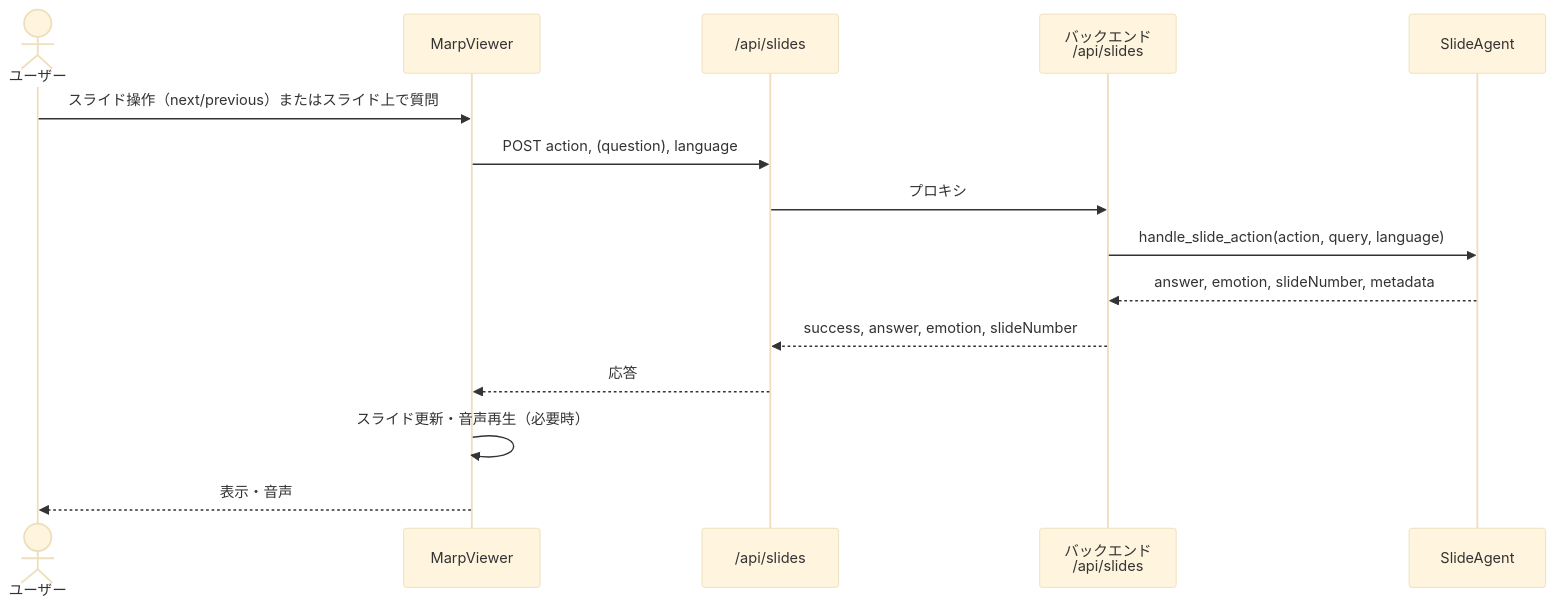
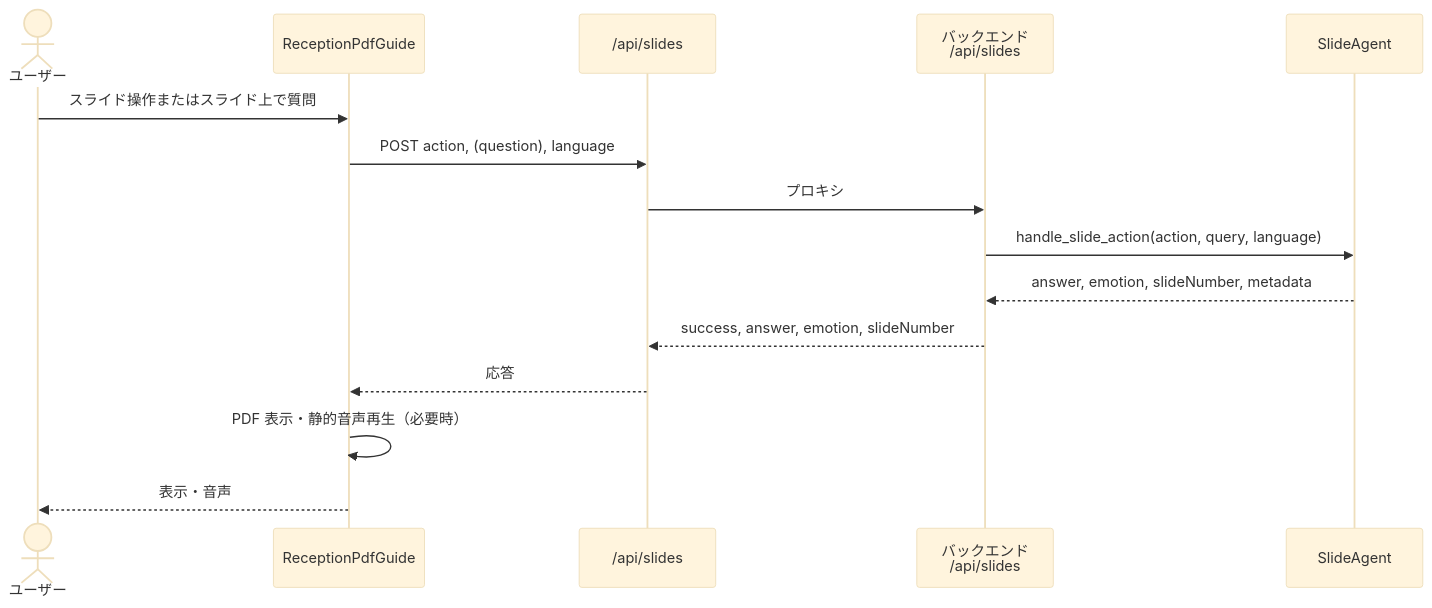
The fifth of 5 diagrams in docs/architecture/SEQUENCE-DIAGRAM.md (EngineerCafeJP/engineercafe-navigator), drawn with Mermaid (base theme) before and after one commit. The commit also changed 46 other files, not shown here.

Commit message:
fix: use pdf slide guide with static narration

````diff
--- a/docs/architecture/SEQUENCE-DIAGRAM.md
+++ b/docs/architecture/SEQUENCE-DIAGRAM.md
@@ -167,18 +167,18 @@
 ```mermaid
 sequenceDiagram
     actor User as ユーザー
-    participant Marp as MarpViewer
+    participant PdfGuide as ReceptionPdfGuide
     participant SlidesAPI as /api/slides
     participant Backend as バックエンド<br/>/api/slides
     participant SlideAgent as SlideAgent
 
-    User->>Marp: スライド操作（next/previous）またはスライド上で質問
-    Marp->>SlidesAPI: POST action, (question), language
+    User->>PdfGuide: スライド操作またはスライド上で質問
+    PdfGuide->>SlidesAPI: POST action, (question), language
     SlidesAPI->>Backend: プロキシ
     Backend->>SlideAgent: handle_slide_action(action, query, language)
     SlideAgent-->>Backend: answer, emotion, slideNumber, metadata
     Backend-->>SlidesAPI: success, answer, emotion, slideNumber
-    SlidesAPI-->>Marp: 応答
-    Marp->>Marp: スライド更新・音声再生（必要時）
-    Marp-->>User: 表示・音声
+    SlidesAPI-->>PdfGuide: 応答
+    PdfGuide->>PdfGuide: PDF 表示・静的音声再生（必要時）
+    PdfGuide-->>User: 表示・音声
 ```
````
